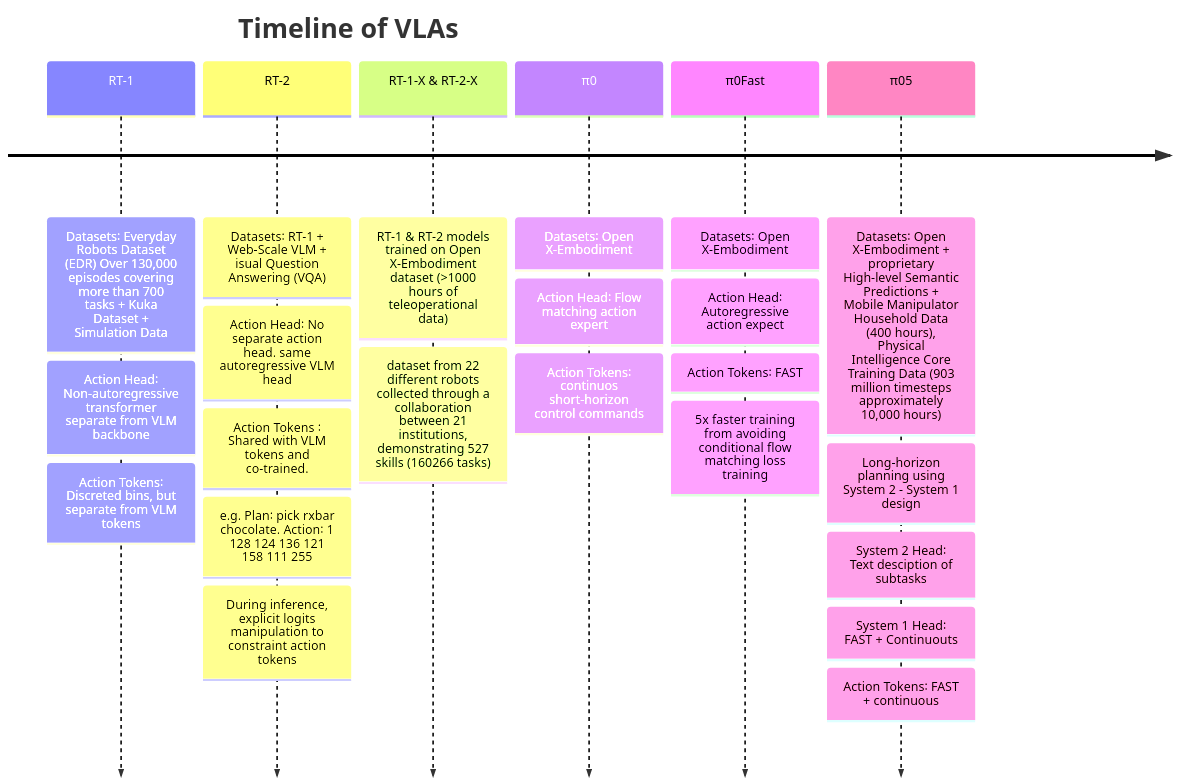
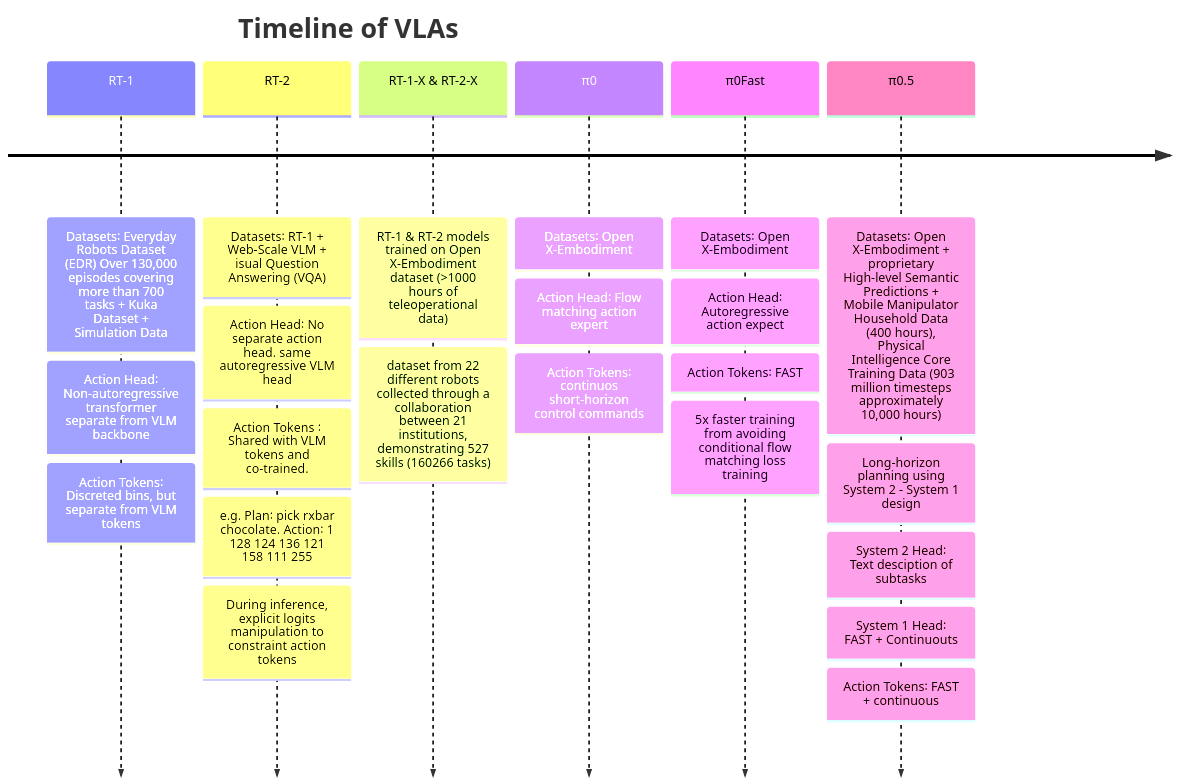
One commit to SelvamArul/SelvamArul.github.io changed the diagram in _posts/2026-05-03-Pi-VLA.md. Above: the diagram before and after it, drawn with Mermaid.

````diff
--- a/_posts/2026-05-03-Pi-VLA.md
+++ b/_posts/2026-05-03-Pi-VLA.md
@@ -24,11 +24,11 @@
 ```mermaid
 timeline
     title Timeline of VLAs
         RT-1 : Datasets∶ Everyday Robots Dataset (EDR) Over 130,000 episodes covering more than 700 tasks + Kuka Dataset + Simulation Data : Action Head∶ Non-autoregressive transformer separate from VLM backbone : Action Tokens∶ Discreted bins, but separate from VLM tokens
         RT-2 : Datasets∶ RT-1 + Web-Scale VLM + isual Question Answering (VQA) : Action Head∶ No separate action head. same autoregressive VLM head : Action Tokens ∶ Shared with VLM tokens and co-trained. : e.g. Plan∶ pick rxbar chocolate. Action∶ 1 128 124 136 121 158 111 255 : During inference, explicit logits manipulation to constraint action tokens
         RT-1-X & RT-2-X: RT-1 & RT-2 models trained on Open X-Embodiment dataset (>1000 hours of teleoperational data) : dataset from 22 different robots collected through a collaboration between 21 institutions, demonstrating 527 skills (160266 tasks)
         π0: Datasets∶ Open X-Embodiment : Action Head∶  Flow matching action expert : Action Tokens∶ continuos short-horizon control commands
         π0Fast: Datasets∶ Open X-Embodiment : Action Head∶ Autoregressive action expect : Action Tokens∶ FAST : 5x faster training from avoiding  conditional flow matching loss training
-        π05: Datasets∶ Open X-Embodiment + proprietary High-level Semantic Predictions + Mobile Manipulator Household Data (400 hours), Physical Intelligence Core Training Data (903 million timesteps approximately 10,000 hours) : Long-horizon planning using System 2 - System 1 design : System 2 Head∶ Text desciption of subtasks : System 1 Head∶ FAST + Continuouts : Action Tokens∶ FAST + continuous
+        π0.5: Datasets∶ Open X-Embodiment + proprietary High-level Semantic Predictions + Mobile Manipulator Household Data (400 hours), Physical Intelligence Core Training Data (903 million timesteps approximately 10,000 hours) : Long-horizon planning using System 2 - System 1 design : System 2 Head∶ Text desciption of subtasks : System 1 Head∶ FAST + Continuouts : Action Tokens∶ FAST + continuous
 
 ```
````
